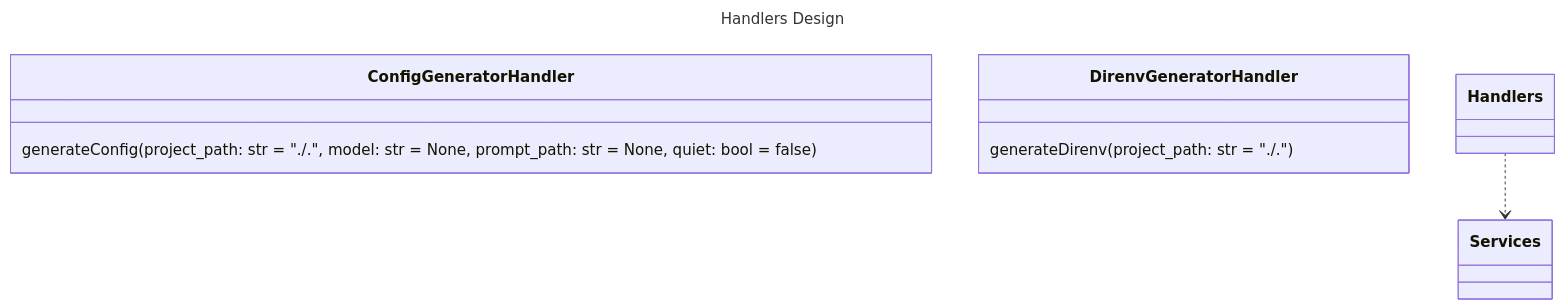
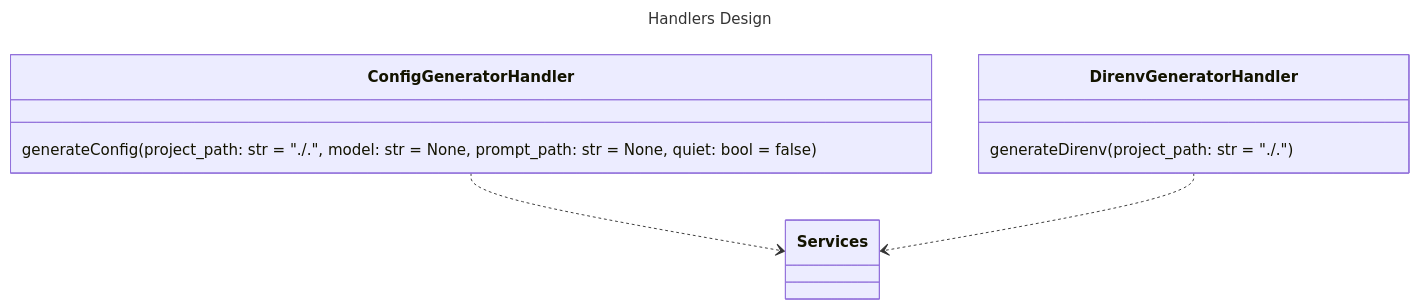
The third of 6 diagrams in docs/detailed-design.md (Oldranda1414/AutoDev), drawn with Mermaid before and after one commit. The commit also changed other lines of this file, not shown here.

Commit message:
docs: minor detaild design mermaid fixes

````diff
--- a/docs/detailed-design.md
+++ b/docs/detailed-design.md
@@ -61,15 +61,16 @@
 ```mermaid
 ---
 title: Handlers Design
 ---
 classDiagram
     class ConfigGeneratorHandler {
         generateConfig(project_path: str = "./.", model: str = None, prompt_path: str = None, quiet: bool = false)
     }
 
     class DirenvGeneratorHandler {
         generateDirenv(project_path: str = "./.")
     }
 
-    Handlers ..> Services
+    ConfigGeneratorHandler  ..> Services
+    DirenvGeneratorHandler  ..> Services
 ```
````
